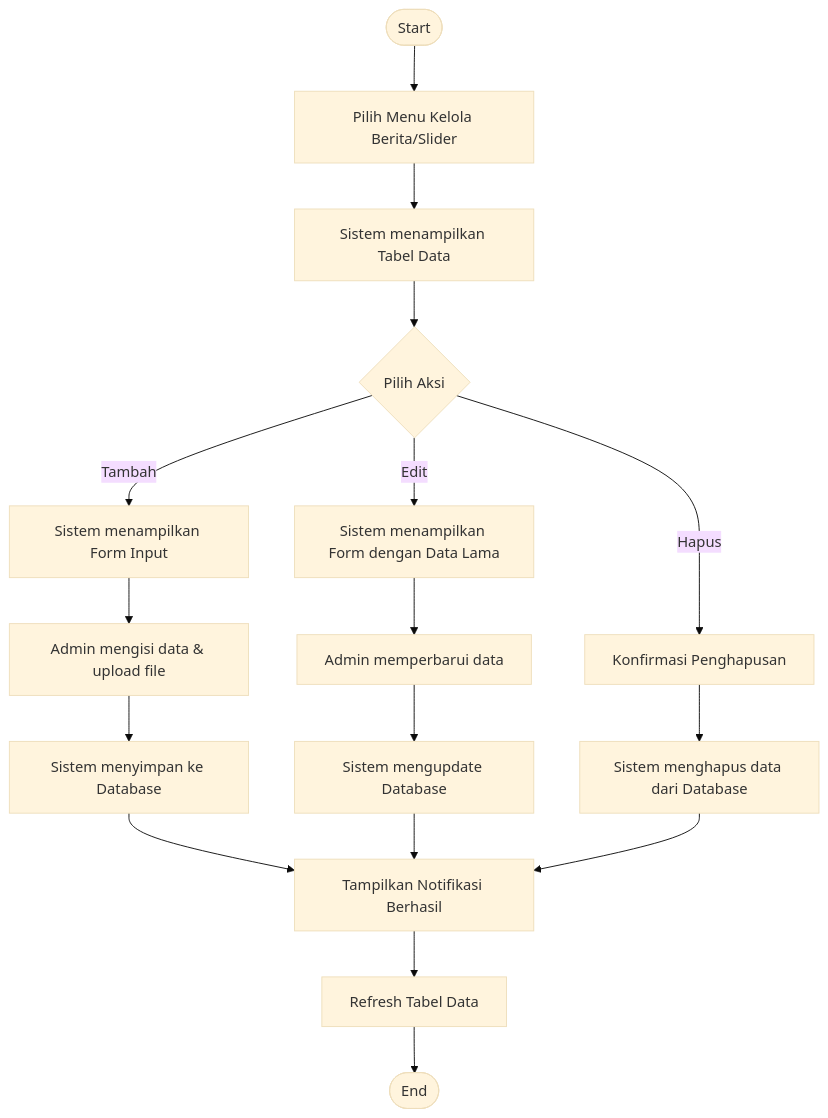
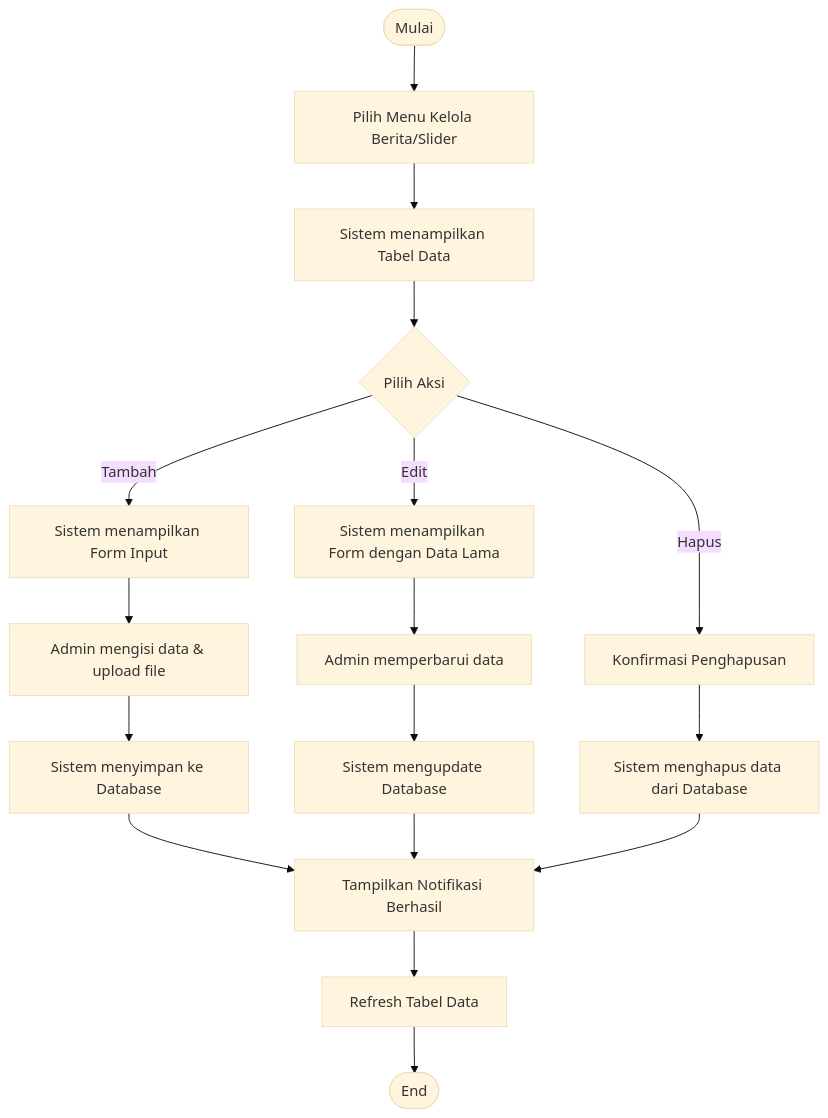
Before and after one commit to arbain-dev/Web_fikom: the second of 5 diagrams in docs/activity_diagram_admin.md, drawn with Mermaid (base theme). The commit also changed other lines of this file and 7 other files, not shown here.

Commit message:
docs: standarisasi semua awal flowchart diagram menjadi 'Mulai'

````diff
--- a/docs/activity_diagram_admin.md
+++ b/docs/activity_diagram_admin.md
@@ -37,24 +37,24 @@
 ```mermaid
 flowchart TD
-    Start([Start]) --> OpenModule[Pilih Menu Kelola Berita/Slider]
+    Mulai([Mulai]) --> OpenModule[Pilih Menu Kelola Berita/Slider]
     OpenModule --> ShowList[Sistem menampilkan Tabel Data]
     
     ShowList --> Action{Pilih Aksi}
     
     Action -- "Tambah" --> FormTambah[Sistem menampilkan Form Input]
     FormTambah --> InputData[Admin mengisi data & upload file]
     InputData --> SaveData[Sistem menyimpan ke Database]
     SaveData --> SuccessMsg[Tampilkan Notifikasi Berhasil]
     
     Action -- "Edit" --> FormEdit[Sistem menampilkan Form dengan Data Lama]
     FormEdit --> UpdateData[Admin memperbarui data]
     UpdateData --> SaveUpdate[Sistem mengupdate Database]
     SaveUpdate --> SuccessMsg
     
     Action -- "Hapus" --> Confirm[Konfirmasi Penghapusan]
     Confirm --> DeleteDB[Sistem menghapus data dari Database]
     DeleteDB --> SuccessMsg
     
     SuccessMsg --> RefreshList[Refresh Tabel Data]
     RefreshList --> End([End])
 ```
````
